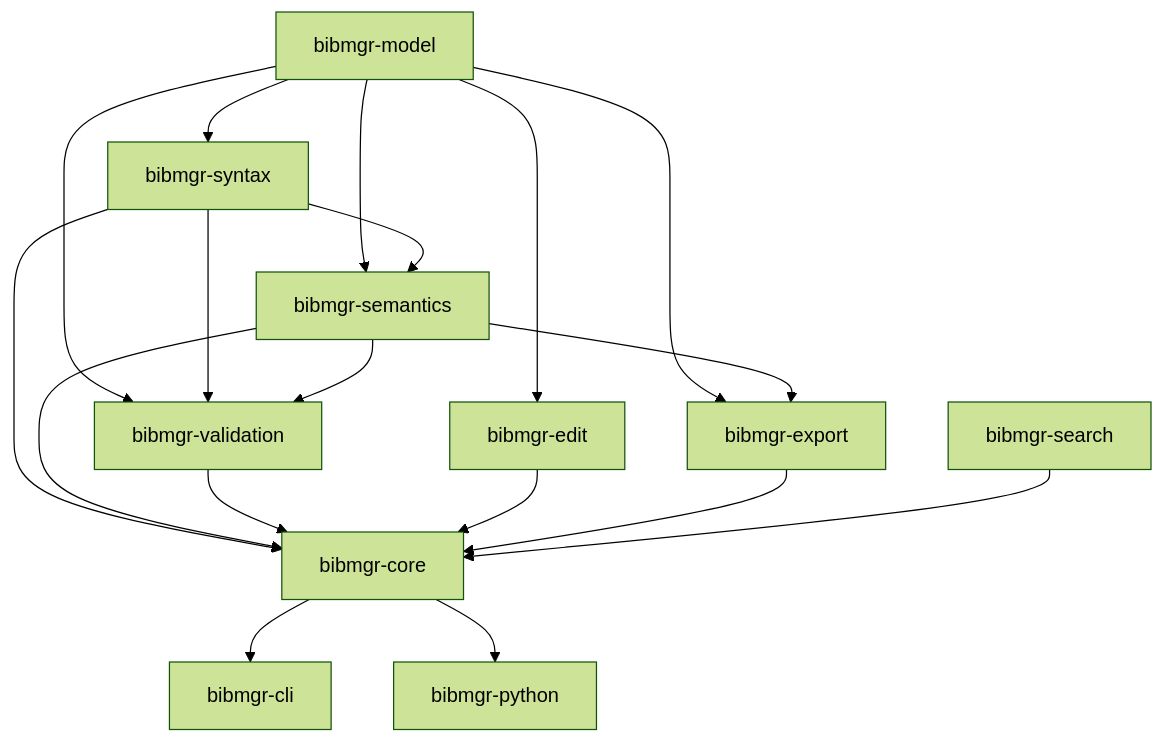
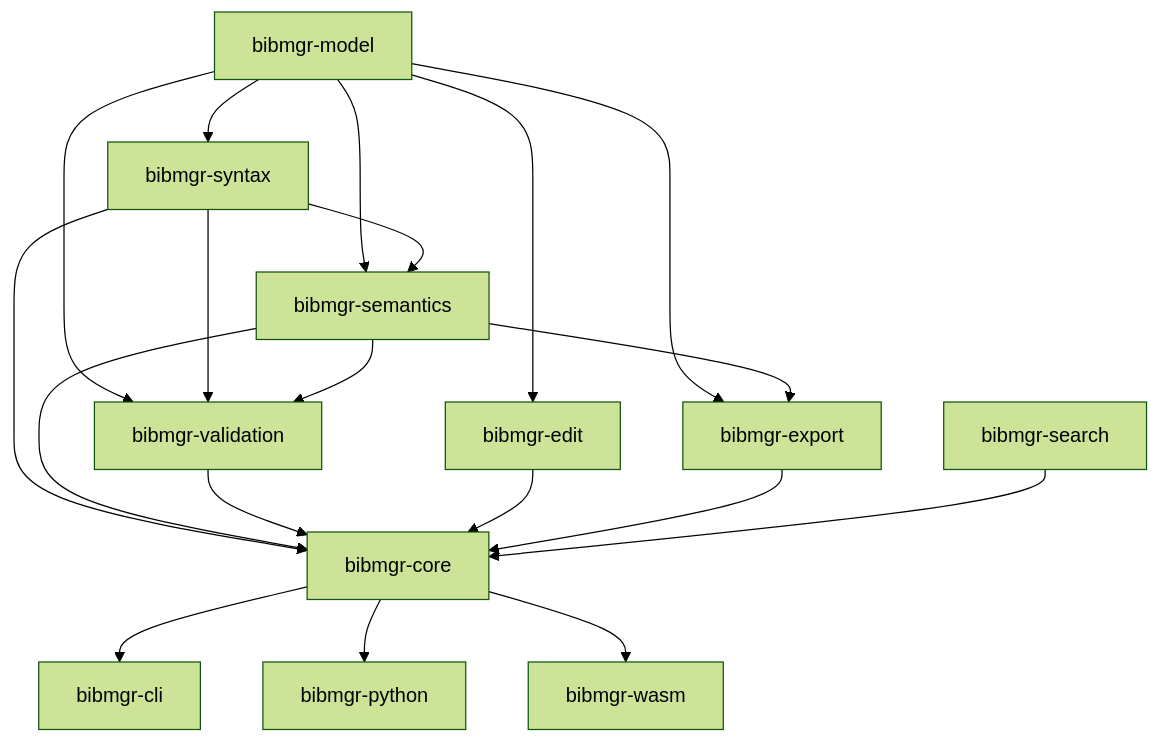
Before and after one commit to EhimeNLP/bibmgr: the first of 2 diagrams in docs/architecture.md, drawn with Mermaid (forest theme). The commit also changed other lines of this file and 2 other files, not shown here.

````diff
--- a/docs/architecture.md
+++ b/docs/architecture.md
@@ -9,31 +9,33 @@
 ```mermaid
 flowchart TD
     model["bibmgr-model"]
     syntax["bibmgr-syntax"]
     semantics["bibmgr-semantics"]
     validation["bibmgr-validation"]
     edit["bibmgr-edit"]
     export["bibmgr-export"]
     core["bibmgr-core"]
     search["bibmgr-search"]
     cli["bibmgr-cli"]
     python["bibmgr-python"]
+    wasm["bibmgr-wasm"]
 
     model --> syntax
     model --> semantics
     syntax --> semantics
     model --> validation
     syntax --> validation
     semantics --> validation
     model --> edit
     model --> export
     semantics --> export
     syntax --> core
     semantics --> core
     validation --> core
     edit --> core
     export --> core
     search --> core
     core --> cli
     core --> python
+    core --> wasm
 ```
````
